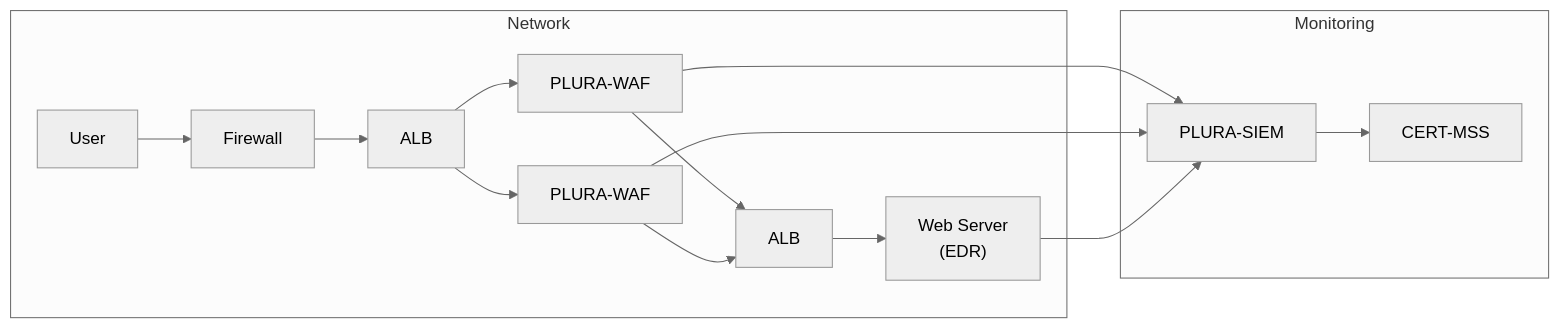
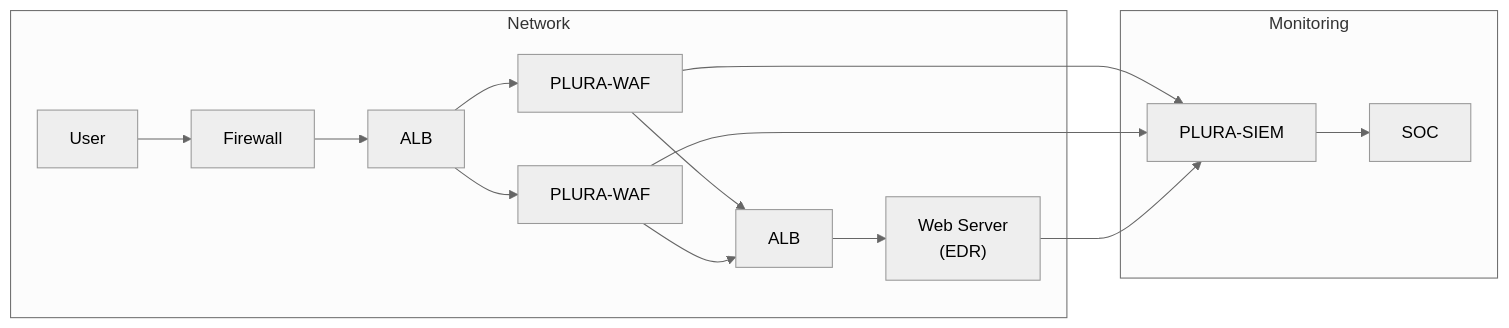
One commit to qubitsec/plura changed the second of 3 diagrams in xdr/ko/diagram/README.md. Above: the diagram before and after it, drawn with Mermaid (neutral theme).

````diff
--- a/xdr/ko/diagram/README.md
+++ b/xdr/ko/diagram/README.md
@@ -36,23 +36,23 @@
 ```mermaid
 flowchart LR
     subgraph Network
         User --> FW[Firewall]
         FW --> ALB1[ALB]
         
         ALB1 --> PLURA-WAF1[PLURA-WAF]
         ALB1 --> PLURA-WAF2[PLURA-WAF]
         
         PLURA-WAF1 --> ALB2[ALB]
         PLURA-WAF2 --> ALB2[ALB]
 
         ALB2 --> WebServer["Web Server<br>(EDR)"]
     end
 
     subgraph Monitoring
-        PLURA-SIEM[PLURA-SIEM] --> CERT-MSS[CERT-MSS]
+        PLURA-SIEM[PLURA-SIEM] --> SOC[SOC]
     end 
 
     PLURA-WAF1 --> PLURA-SIEM
     PLURA-WAF2 --> PLURA-SIEM
     WebServer --> PLURA-SIEM
 ```
````
